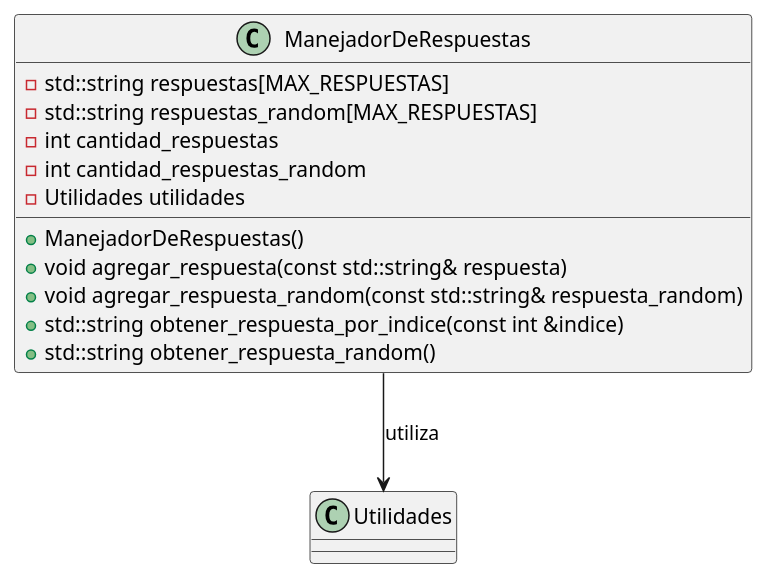
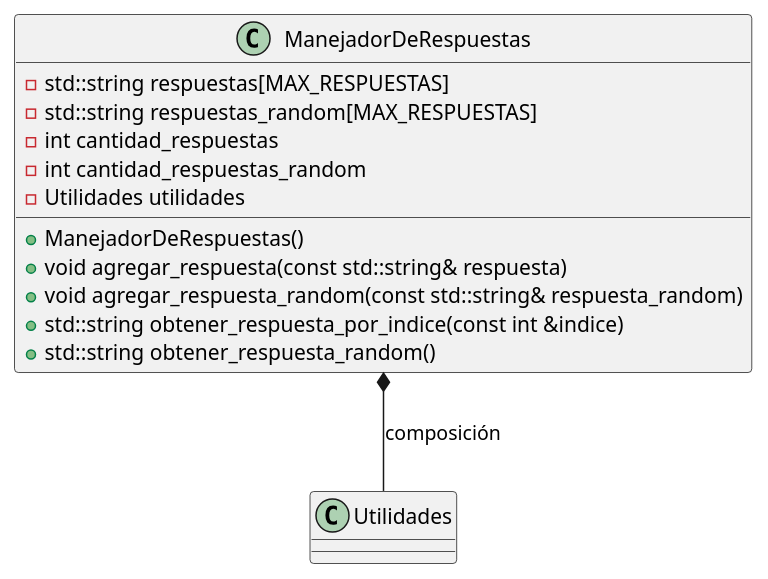
The diagram in Diagramas-UML/ManejadorDeRespuestas.puml (guillsil/Transformers-Game), drawn with PlantUML before and after one commit. The commit also changed 8 other files, not shown here.

```diff
--- a/Diagramas-UML/ManejadorDeRespuestas.puml
+++ b/Diagramas-UML/ManejadorDeRespuestas.puml
@@ -1,23 +1,23 @@
 @startuml
 'https://plantuml.com/class-diagram
 
 class Utilidades
 
 class ManejadorDeRespuestas {
     - std::string respuestas[MAX_RESPUESTAS]
     - std::string respuestas_random[MAX_RESPUESTAS]
     - int cantidad_respuestas
     - int cantidad_respuestas_random
     - Utilidades utilidades
 
     + ManejadorDeRespuestas()
     + void agregar_respuesta(const std::string& respuesta)
     + void agregar_respuesta_random(const std::string& respuesta_random)
     + std::string obtener_respuesta_por_indice(const int &indice)
     + std::string obtener_respuesta_random()
 }
 
 ' Relaciones
-ManejadorDeRespuestas --> Utilidades : "utiliza"
+ManejadorDeRespuestas *-- Utilidades : "composición"
 
 @enduml
```
